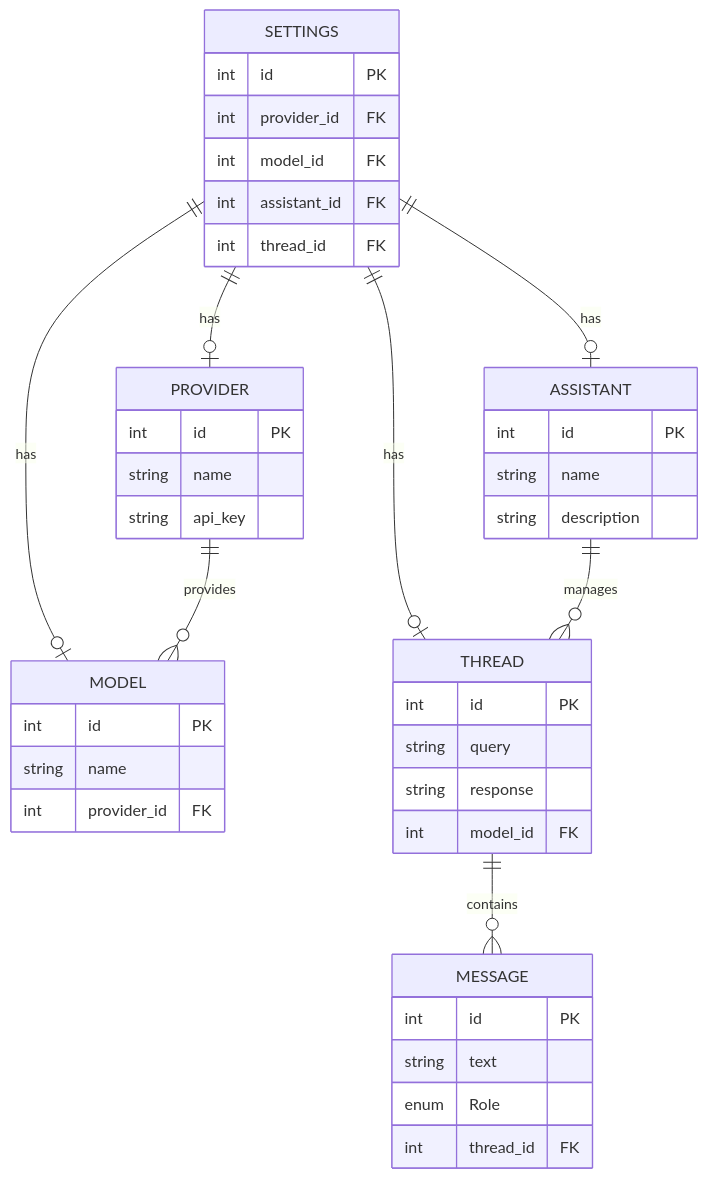
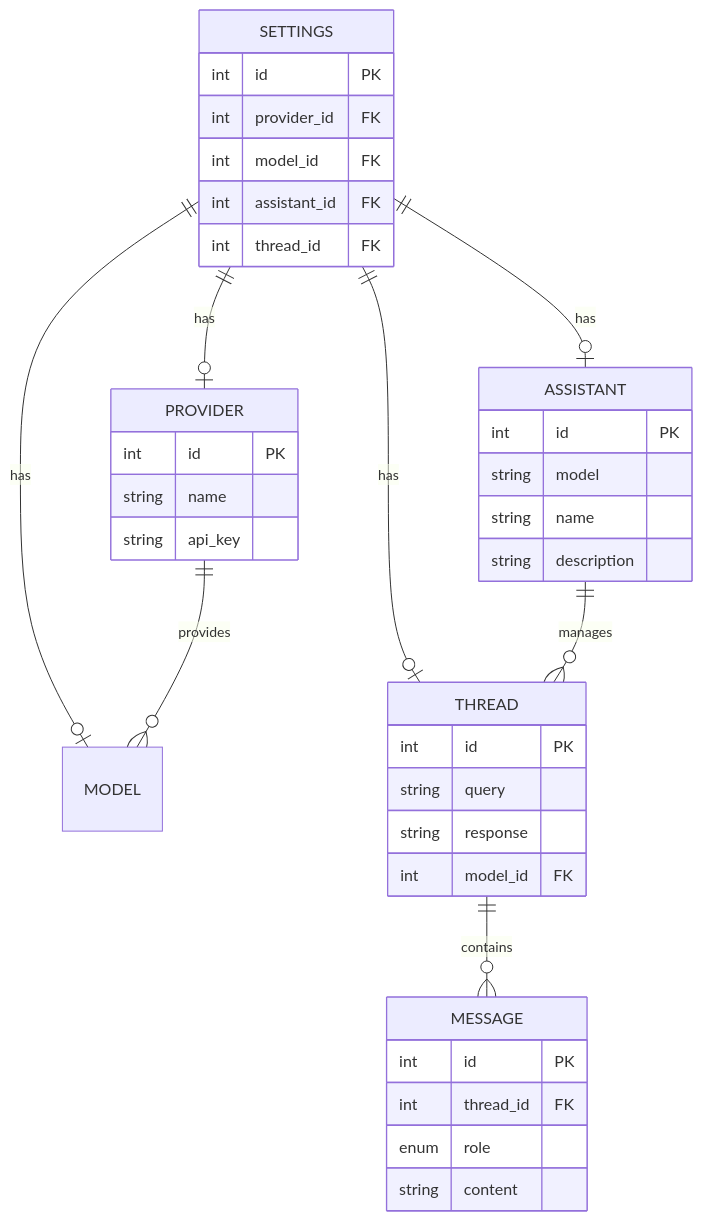
Before and after one commit to vanesterik/seeks: the diagram in README.md, drawn with Mermaid. The commit also changed other lines of this file and 14 other files, not shown here.

````diff
--- a/README.md
+++ b/README.md
@@ -57,50 +57,45 @@
 ```mermaid
 erDiagram
 
     SETTINGS ||--o| PROVIDER : has
     SETTINGS ||--o| MODEL : has
     SETTINGS ||--o| ASSISTANT : has
     SETTINGS ||--o| THREAD : has
     SETTINGS {
         int id PK
         int provider_id FK
         int model_id FK
         int assistant_id FK
         int thread_id FK
     }
 
     PROVIDER ||--o{ MODEL : provides
     PROVIDER {
         int id PK
         string name
         string api_key
     }
 
-    MODEL {
-        int id PK
-        string name
-        int provider_id FK
-    }
-
     ASSISTANT ||--o{ THREAD : manages
     ASSISTANT {
         int id PK
+        string model
         string name
         string description
     }
 
     THREAD ||--o{ MESSAGE : contains
     THREAD {
         int id PK
         string query
         string response
         int model_id FK
     }
 
     MESSAGE {
         int id PK
-        string text
-        enum Role
         int thread_id FK
+        enum role
+        string content
     }
 ```
````
